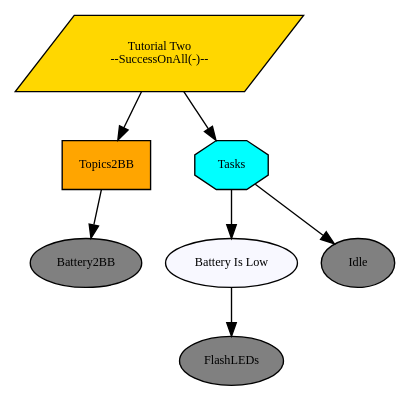
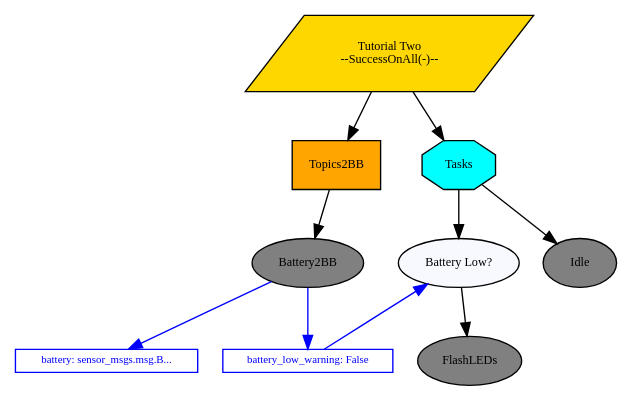
One commit to splintered-reality/py_trees_ros_tutorials changed the diagram in doc/dot/tutorial-two-battery-check.dot. Above: the diagram before and after it, drawn with Graphviz. The commit also changed 13 other files, not shown here.

```diff
--- a/doc/dot/tutorial-two-battery-check.dot
+++ b/doc/dot/tutorial-two-battery-check.dot
@@ -1,18 +1,37 @@
 digraph pastafarianism {
 graph [fontname="times-roman"];
 node [fontname="times-roman"];
 edge [fontname="times-roman"];
 "Tutorial Two" [label="Tutorial Two\n--SuccessOnAll(-)--", shape=parallelogram, style=filled, fillcolor=gold, fontsize=9, fontcolor=black];
 Topics2BB [label=Topics2BB, shape=box, style=filled, fillcolor=orange, fontsize=9, fontcolor=black];
 "Tutorial Two" -> Topics2BB;
 Battery2BB [label=Battery2BB, shape=ellipse, style=filled, fillcolor=gray, fontsize=9, fontcolor=black];
 Topics2BB -> Battery2BB;
 Tasks [label=Tasks, shape=octagon, style=filled, fillcolor=cyan, fontsize=9, fontcolor=black];
 "Tutorial Two" -> Tasks;
-"Battery Is Low" [label="Battery Is Low", shape=ellipse, style=filled, fillcolor=ghostwhite, fontsize=9, fontcolor=black];
-Tasks -> "Battery Is Low";
+"Battery Low?" [label="Battery Low?", shape=ellipse, style=filled, fillcolor=ghostwhite, fontsize=9, fontcolor=black];
+Tasks -> "Battery Low?";
 FlashLEDs [label=FlashLEDs, shape=ellipse, style=filled, fillcolor=gray, fontsize=9, fontcolor=black];
-"Battery Is Low" -> FlashLEDs;
+"Battery Low?" -> FlashLEDs;
 Idle [label=Idle, shape=ellipse, style=filled, fillcolor=gray, fontsize=9, fontcolor=black];
 Tasks -> Idle;
+subgraph  {
+label=children_of_Tasks;
+rank=same;
+"Battery Low?" [label="Battery Low?", shape=ellipse, style=filled, fillcolor=ghostwhite, fontsize=9, fontcolor=black];
+Idle [label=Idle, shape=ellipse, style=filled, fillcolor=gray, fontsize=9, fontcolor=black];
 }
+
+subgraph  {
+label="children_of_Tutorial Two";
+rank=same;
+Topics2BB [label=Topics2BB, shape=box, style=filled, fillcolor=orange, fontsize=9, fontcolor=black];
+Tasks [label=Tasks, shape=octagon, style=filled, fillcolor=cyan, fontsize=9, fontcolor=black];
+}
+
+battery [label="battery: sensor_msgs.msg.B...", shape=box, style=filled, color=blue, fillcolor=white, fontsize=8, fontcolor=blue, width=0, height=0, fixedsize=False];
+Battery2BB -> battery  [color=blue, constraint=True];
+battery_low_warning [label="battery_low_warning: False", shape=box, style=filled, color=blue, fillcolor=white, fontsize=8, fontcolor=blue, width=0, height=0, fixedsize=False];
+battery_low_warning -> "Battery Low?"  [color=blue, constraint=False];
+Battery2BB -> battery_low_warning  [color=blue, constraint=True];
+}
```
